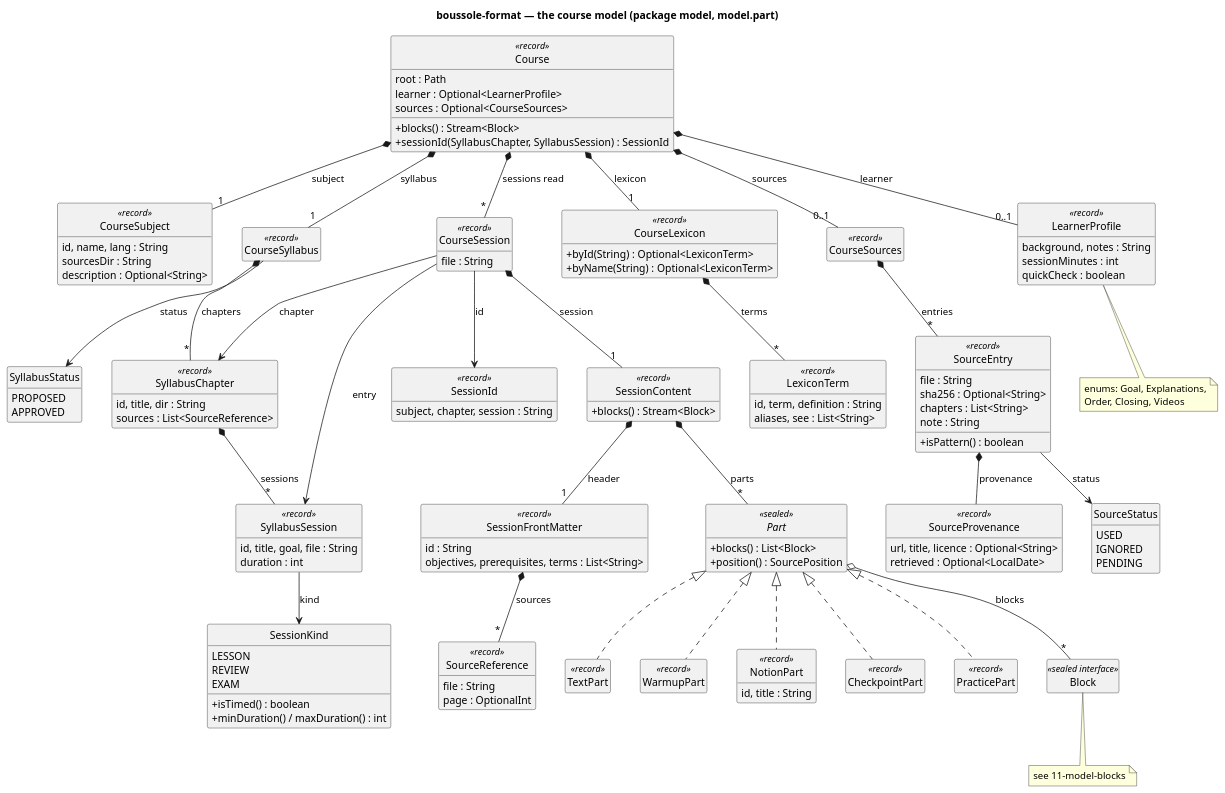
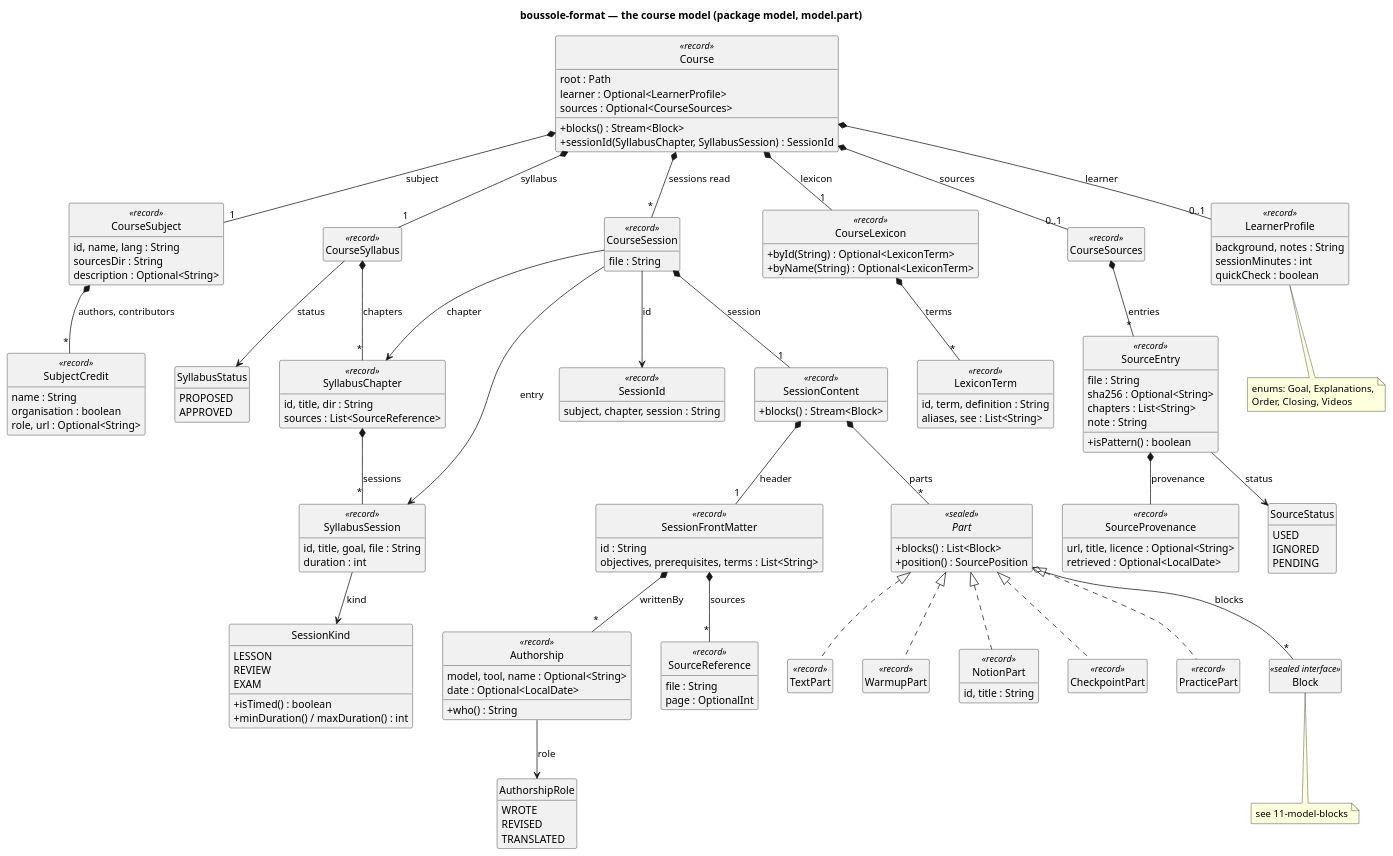
Before and after one commit to lucasssoh/Boussole: the diagram in docs/diagrams/10-model-course.puml, drawn with PlantUML. The commit also changed 75 other files, not shown here.

First line of the commit message:
Format : each session says who wrote, revised or translated it (the model by its exact ID, or a person), and a track credits its authors and contributors

```diff
--- a/docs/diagrams/10-model-course.puml
+++ b/docs/diagrams/10-model-course.puml
@@ -1,136 +1,155 @@
 @startuml 10-model-course
 skinparam packageStyle rectangle
 skinparam classAttributeIconSize 0
 skinparam nodesep 40
 skinparam ranksep 50
 hide empty members
 hide circle
 title boussole-format — the course model (package model, model.part)
 
 class Course <<record>> {
   root : Path
   learner : Optional<LearnerProfile>
   sources : Optional<CourseSources>
   +blocks() : Stream<Block>
   +sessionId(SyllabusChapter, SyllabusSession) : SessionId
 }
 class CourseSubject <<record>> {
   id, name, lang : String
   sourcesDir : String
   description : Optional<String>
 }
 class CourseSyllabus <<record>>
 enum SyllabusStatus {
   PROPOSED
   APPROVED
 }
 class SyllabusChapter <<record>> {
   id, title, dir : String
   sources : List<SourceReference>
 }
 class SyllabusSession <<record>> {
   id, title, goal, file : String
   duration : int
 }
 enum SessionKind {
   LESSON
   REVIEW
   EXAM
   +isTimed() : boolean
   +minDuration() / maxDuration() : int
 }
 class SessionId <<record>> {
   subject, chapter, session : String
 }
 class CourseLexicon <<record>> {
   +byId(String) : Optional<LexiconTerm>
   +byName(String) : Optional<LexiconTerm>
 }
 class LexiconTerm <<record>> {
   id, term, definition : String
   aliases, see : List<String>
 }
 class CourseSources <<record>>
 class SourceEntry <<record>> {
   file : String
   sha256 : Optional<String>
   chapters : List<String>
   note : String
   +isPattern() : boolean
+}
+class Authorship <<record>> {
+  model, tool, name : Optional<String>
+  date : Optional<LocalDate>
+  +who() : String
+}
+enum AuthorshipRole {
+  WROTE
+  REVISED
+  TRANSLATED
+}
+class SubjectCredit <<record>> {
+  name : String
+  organisation : boolean
+  role, url : Optional<String>
 }
 class SourceProvenance <<record>> {
   url, title, licence : Optional<String>
   retrieved : Optional<LocalDate>
 }
 enum SourceStatus {
   USED
   IGNORED
   PENDING
 }
 class LearnerProfile <<record>> {
   background, notes : String
   sessionMinutes : int
   quickCheck : boolean
 }
 note bottom of LearnerProfile
   enums: Goal, Explanations,
   Order, Closing, Videos
 end note
 class CourseSession <<record>> {
   file : String
 }
 class SessionContent <<record>> {
   +blocks() : Stream<Block>
 }
 class SessionFrontMatter <<record>> {
   id : String
   objectives, prerequisites, terms : List<String>
 }
 class SourceReference <<record>> {
   file : String
   page : OptionalInt
 }
 
 interface Part <<sealed>> {
   +blocks() : List<Block>
   +position() : SourcePosition
 }
 class TextPart <<record>>
 class WarmupPart <<record>>
 class NotionPart <<record>> {
   id, title : String
 }
 class CheckpointPart <<record>>
 class PracticePart <<record>>
 
 Course *-- "1" CourseSubject : subject
 Course *-- "1" CourseSyllabus : syllabus
 Course *-- "1" CourseLexicon : lexicon
 Course *-- "0..1" LearnerProfile : learner
 Course *-- "0..1" CourseSources : sources
 CourseSources *-- "*" SourceEntry : entries
 SourceEntry --> SourceStatus : status
 SourceEntry *-- SourceProvenance : provenance
 Course *-- "*" CourseSession : sessions read
 CourseSyllabus *-- "*" SyllabusChapter : chapters
 CourseSyllabus --> SyllabusStatus : status
 SyllabusChapter *-- "*" SyllabusSession : sessions
 SyllabusSession --> SessionKind : kind
 CourseLexicon *-- "*" LexiconTerm : terms
 CourseSession --> SessionId : id
 CourseSession --> SyllabusChapter : chapter
 CourseSession --> SyllabusSession : entry
 CourseSession *-- "1" SessionContent : session
 SessionContent *-- "1" SessionFrontMatter : header
 SessionContent *-- "*" Part : parts
 SessionFrontMatter *-- "*" SourceReference : sources
 Part <|.. TextPart
 Part <|.. WarmupPart
 Part <|.. NotionPart
 Part <|.. CheckpointPart
 Part <|.. PracticePart
 Part o-- "*" Block : blocks
 
 class Block <<sealed interface>>
 note bottom of Block : see 11-model-blocks
+CourseSubject *-- "*" SubjectCredit : authors, contributors
+SessionFrontMatter *-- "*" Authorship : writtenBy
+Authorship --> AuthorshipRole : role
+
 @enduml
```
